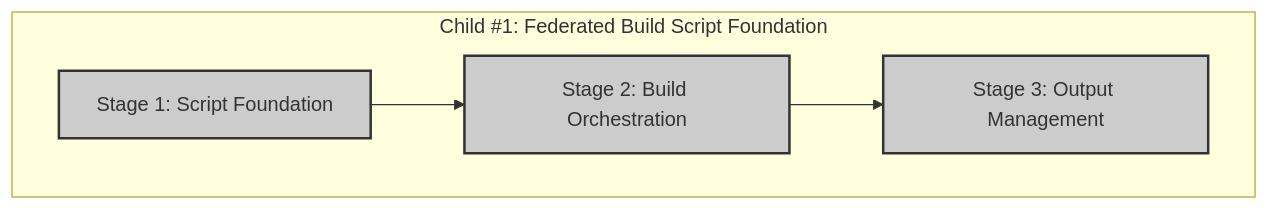
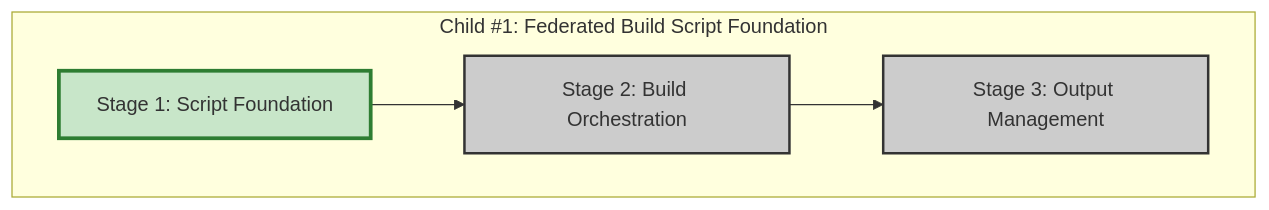
Before and after one commit to info-tech-io/hugo-templates: the diagram in docs/proposals/epic-15-federated-build-system/child-1-federated-build-script/progress.md, drawn with Mermaid. The commit also changed other lines of this file and 6 other files, not shown here.

First line of the commit message:
feat(federation): implement Child #16 Stage 1 - Script Foundation

````diff
--- a/docs/proposals/epic-15-federated-build-system/child-1-federated-build-script/progress.md
+++ b/docs/proposals/epic-15-federated-build-system/child-1-federated-build-script/progress.md
@@ -5,15 +5,15 @@
 ```mermaid
 graph TD
     subgraph "Child #1: Federated Build Script Foundation"
         A[Stage 1: Script Foundation] --> B[Stage 2: Build Orchestration];
         B --> C[Stage 3: Output Management];
     end
 
-    style A fill:#ccc,stroke:#333,stroke-width:2px
+    style A fill:#c8e6c9,stroke:#2e7d32,stroke-width:3px
     style B fill:#ccc,stroke:#333,stroke-width:2px
     style C fill:#ccc,stroke:#333,stroke-width:2px
 
-    click A "001-script-foundation.md" "Stage 1 Details"
+    click A "001-progress.md" "Stage 1 Complete"
     click B "002-build-orchestration.md" "Stage 2 Details"
     click C "003-output-management.md" "Stage 3 Details"
 ```
````
